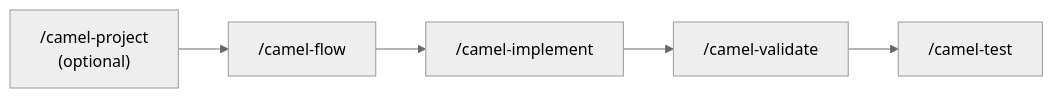
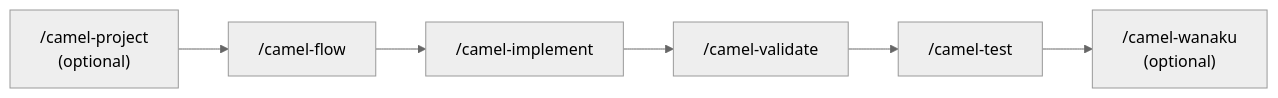
One commit to luigidemasi/camel-kit changed the diagram in website/content/docs/getting-started/greenfield.md. Above: the diagram before and after it, drawn with Mermaid (neutral theme). The commit also changed other lines of this file and 1 other file, not shown here.

Commit message:
docs: add /camel-wanaku to website command reference

````diff
--- a/website/content/docs/getting-started/greenfield.md
+++ b/website/content/docs/getting-started/greenfield.md
@@ -12,4 +12,4 @@
 ```mermaid
 flowchart LR
-    A["/camel-project\n(optional)"] --> B["/camel-flow"] --> C["/camel-implement"] --> D["/camel-validate"] --> E["/camel-test"]
+    A["/camel-project\n(optional)"] --> B["/camel-flow"] --> C["/camel-implement"] --> D["/camel-validate"] --> E["/camel-test"] --> F["/camel-wanaku\n(optional)"]
 ```
````
